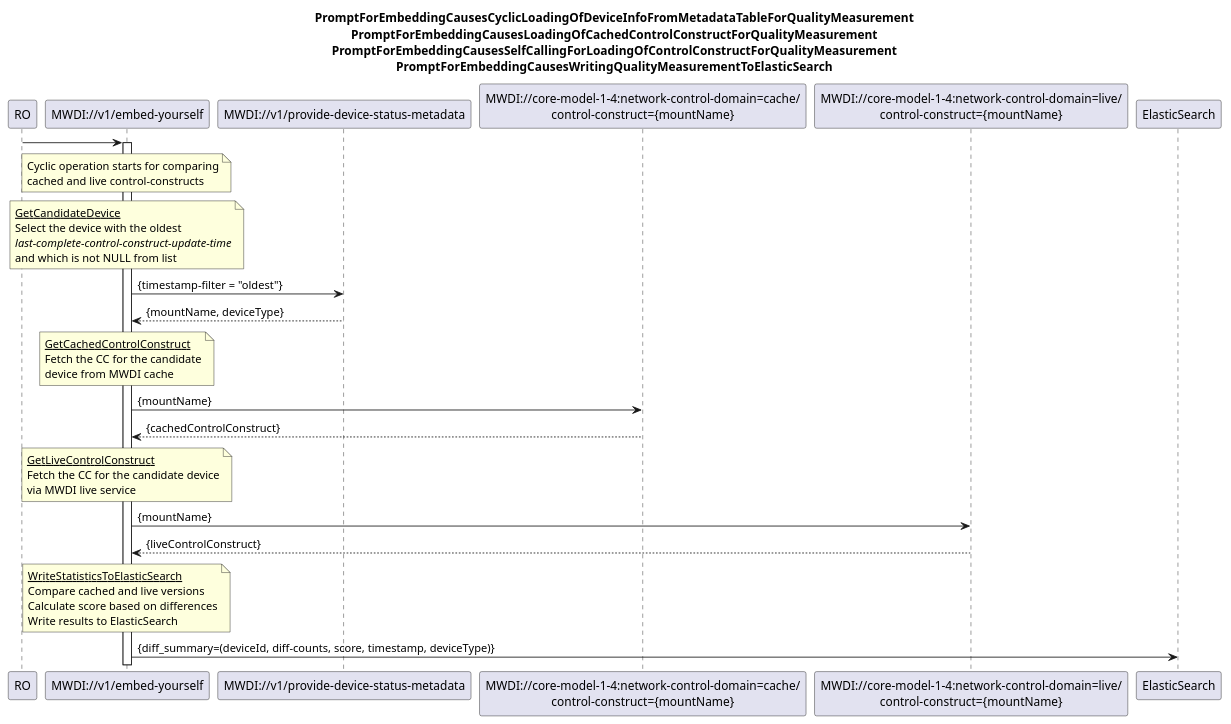
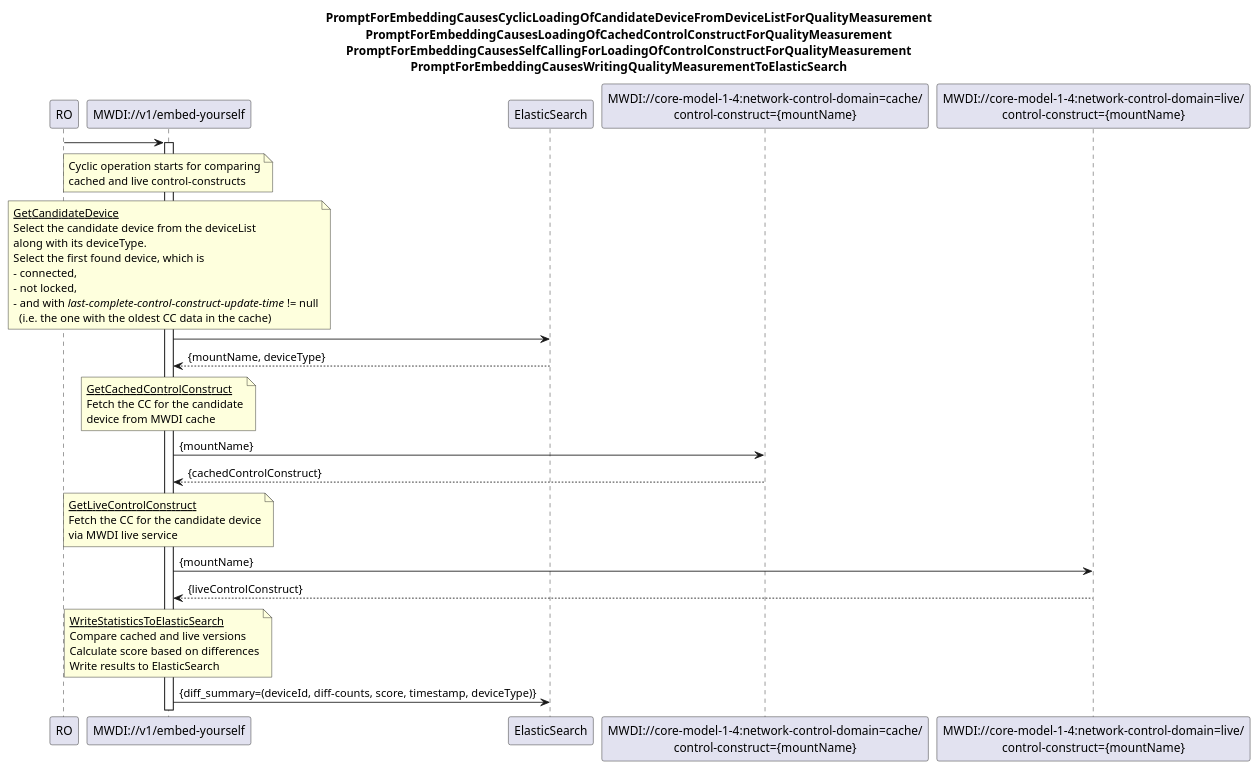
The diagram in spec/_Defne wip/diagrams/00z_CyclicCacheQualityMeasurement_kmo.plantuml (openBackhaul/MicroWaveDeviceInventory), drawn with PlantUML before and after one commit. The commit also changed 1 other file, not shown here.

Commit message:
Change diagrams for the new deviceList approach Fixes #1205

```diff
--- a/spec/_Defne wip/diagrams/00z_CyclicCacheQualityMeasurement_kmo.plantuml
+++ b/spec/_Defne wip/diagrams/00z_CyclicCacheQualityMeasurement_kmo.plantuml
@@ -1,68 +1,72 @@
 @startuml 00z_CyclicCacheQualityMeasurement
 
 skinparam responseMessageBelowArrow true
 
  
 title
-PromptForEmbeddingCausesCyclicLoadingOfDeviceInfoFromMetadataTableForQualityMeasurement
+PromptForEmbeddingCausesCyclicLoadingOfCandidateDeviceFromDeviceListForQualityMeasurement
 PromptForEmbeddingCausesLoadingOfCachedControlConstructForQualityMeasurement
 PromptForEmbeddingCausesSelfCallingForLoadingOfControlConstructForQualityMeasurement
 PromptForEmbeddingCausesWritingQualityMeasurementToElasticSearch
 end title
  
 participant RO as ro
 
 participant "MWDI://v1/embed-yourself" as mwdi
-participant "MWDI://v1/provide-device-status-metadata" as metadata
+participant "ElasticSearch" as es
 participant "MWDI://core-model-1-4:network-control-domain=cache/\ncontrol-construct={mountName}" as cache
 participant "MWDI://core-model-1-4:network-control-domain=live/\ncontrol-construct={mountName}" as live 
-participant "ElasticSearch" as es
+
 
 ro -> mwdi
 
 activate mwdi
 
 note over mwdi
 Cyclic operation starts for comparing
 cached and live control-constructs
 end note
 
 note over mwdi
   <u>GetCandidateDevice</u>
-  Select the device with the oldest 
-  <i>last-complete-control-construct-update-time</i>
-  and which is not NULL from list
+  Select the candidate device from the deviceList
+  along with its deviceType.
+  Select the first found device, which is
+  - connected,
+  - not locked,
+  - and with <i>last-complete-control-construct-update-time</i> != null
+    (i.e. the one with the oldest CC data in the cache)
 end note
-mwdi -> metadata : {timestamp-filter = "oldest"}
-metadata --> mwdi : {mountName, deviceType}
+mwdi -> es
+es --> mwdi : {mountName, deviceType}
 
 note over mwdi
   <u>GetCachedControlConstruct</u>
   Fetch the CC for the candidate
   device from MWDI cache
 end note
 mwdi -> cache : {mountName}
 cache --> mwdi : {cachedControlConstruct}
 
 note over mwdi
   <u>GetLiveControlConstruct</u>
   Fetch the CC for the candidate device
   via MWDI live service
 end note
 mwdi -> live : {mountName}
 live --> mwdi :  {liveControlConstruct}
 
  
 note over mwdi
   <u>WriteStatisticsToElasticSearch</u>
   Compare cached and live versions
   Calculate score based on differences
   Write results to ElasticSearch
 end note
 
 
 mwdi -> es : {diff_summary=(deviceId, diff-counts, score, timestamp, deviceType)}
 
  
 
 @enduml
```
